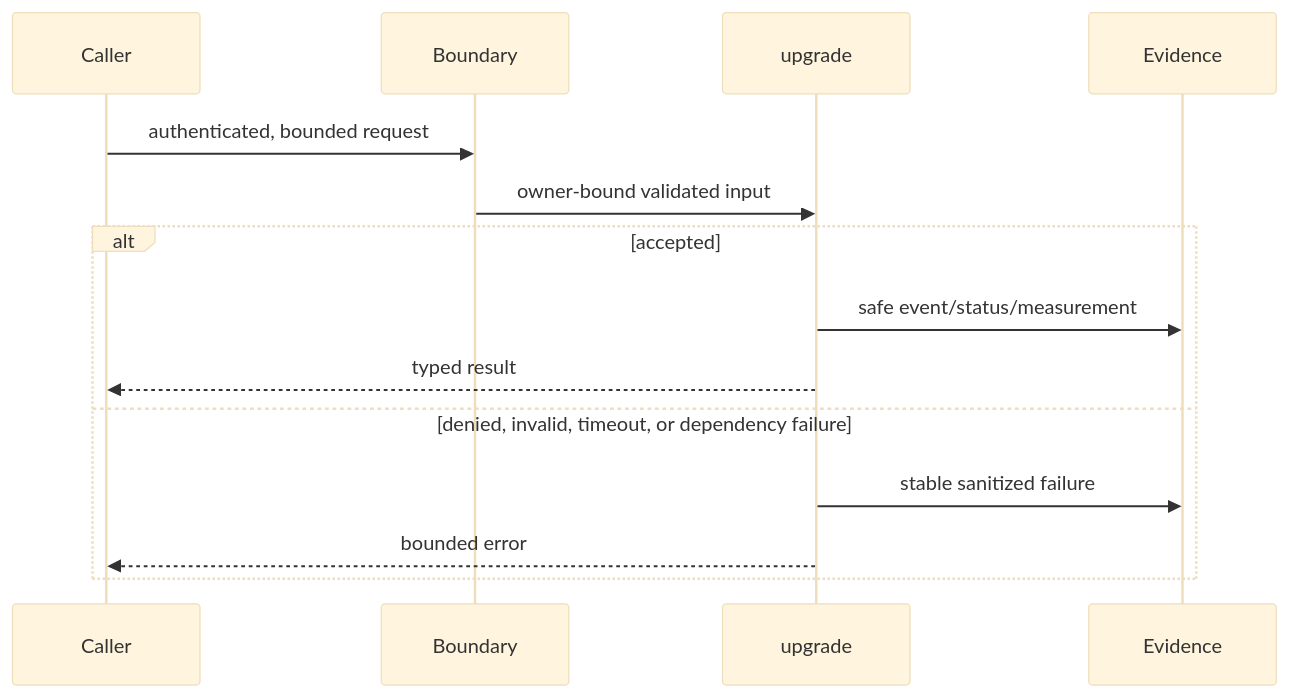
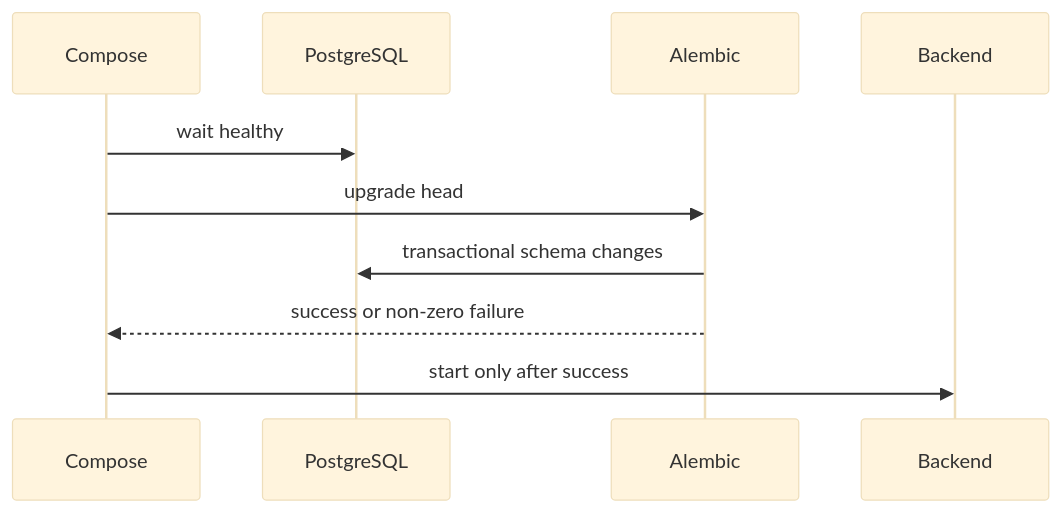
One commit to levalencia/archon changed the diagram in docs/course/concepts/migrations.md. Above: the diagram before and after it, drawn with Mermaid (base theme). The commit also changed other lines of this file and 22 other files, not shown here.

Commit message:
docs: correct advanced course architecture and claims

````diff
--- a/docs/course/concepts/migrations.md
+++ b/docs/course/concepts/migrations.md
@@ -71,16 +12,12 @@
 ```mermaid
 sequenceDiagram
-  participant Caller
-  participant Boundary
-  participant Core as upgrade
-  participant Evidence
-  Caller->>Boundary: authenticated, bounded request
-  Boundary->>Core: owner-bound validated input
-  alt accepted
-    Core->>Evidence: safe event/status/measurement
-    Core-->>Caller: typed result
-  else denied, invalid, timeout, or dependency failure
-    Core->>Evidence: stable sanitized failure
-    Core-->>Caller: bounded error
-  end
+  participant C as Compose
+  participant DB as PostgreSQL
+  participant A as Alembic
+  participant B as Backend
+  C->>DB: wait healthy
+  C->>A: upgrade head
+  A->>DB: transactional schema changes
+  A-->>C: success or non-zero failure
+  C->>B: start only after success
 ```
````
